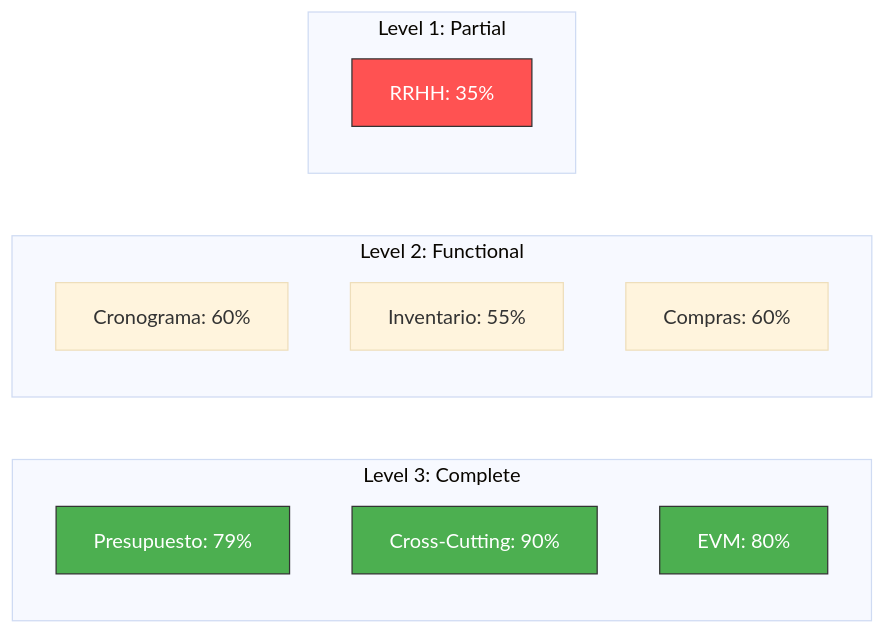
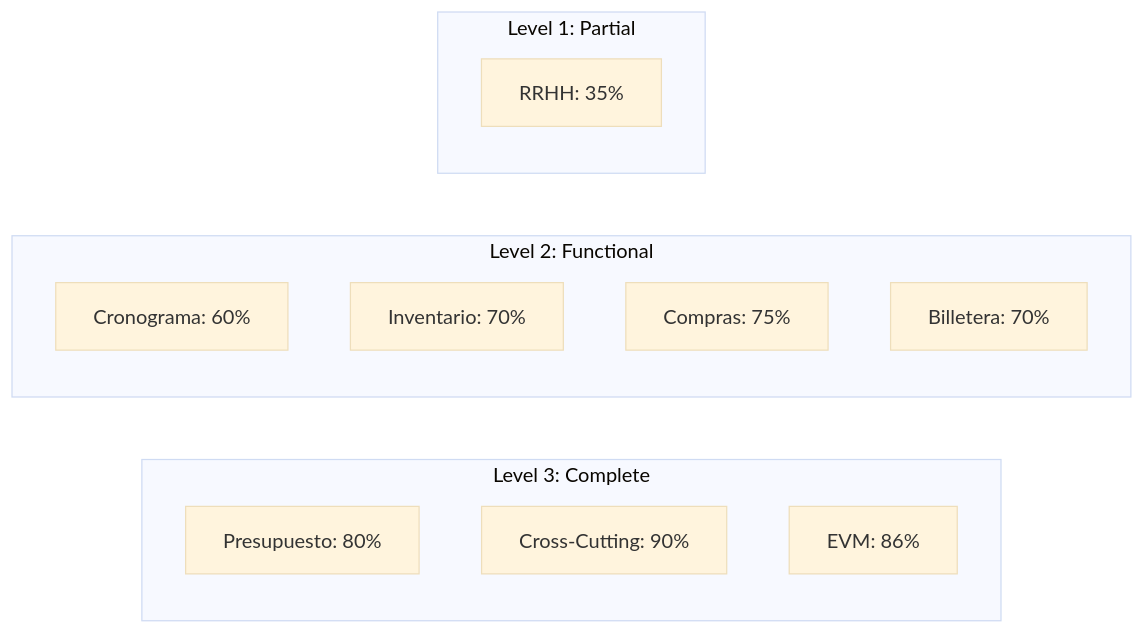
The diagram in docs/canonical/MATURITY_VISUALIZATION.md (carleetho/budgetpro), drawn with Mermaid before and after one commit. The commit also changed other lines of this file and 6 other files, not shown here.

````diff
--- a/docs/canonical/MATURITY_VISUALIZATION.md
+++ b/docs/canonical/MATURITY_VISUALIZATION.md
@@ -23,24 +25,20 @@
 ```mermaid
 %%{init: {'theme':'base'}}%%
 graph LR
     subgraph "Level 3: Complete"
-        P[Presupuesto: 79%]
+        P[Presupuesto: 80%]
         X[Cross-Cutting: 90%]
-        E[EVM: 80%]
+        E[EVM: 86%]
     end
 
     subgraph "Level 2: Functional"
         C[Cronograma: 60%]
-        I[Inventario: 55%]
-        Co[Compras: 60%]
+        I[Inventario: 70%]
+        Co[Compras: 75%]
+        Bi[Billetera: 70%]
     end
 
     subgraph "Level 1: Partial"
         R[RRHH: 35%]
     end
-
-    style P fill:#4caf50,stroke:#333,color:white
-    style X fill:#4caf50,stroke:#333,color:white
-    style E fill:#4caf50,stroke:#333,color:white
-    style R fill:#ff5252,stroke:#333,color:white
 ```
````
